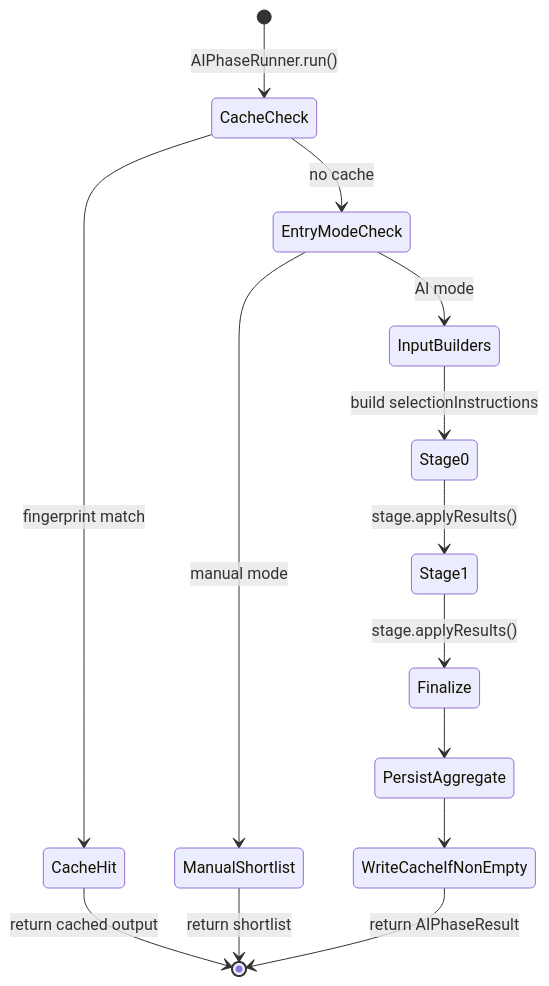
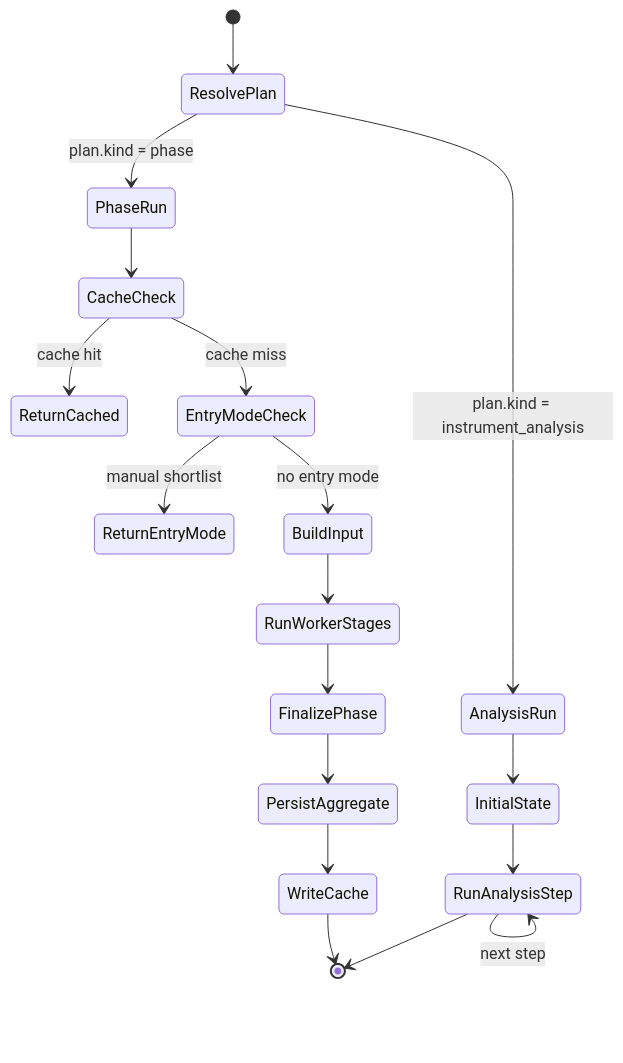
Before and after one commit to KennethAtchon/Exva: the seventh of 9 diagrams in docs/architecture/pipeline-runtime.md, drawn with Mermaid. The commit also changed other lines of this file and 11 other files, not shown here.

````diff
--- a/docs/architecture/pipeline-runtime.md
+++ b/docs/architecture/pipeline-runtime.md
@@ -611,16 +341,20 @@
 ```mermaid
 stateDiagram-v2
-    [*] --> CacheCheck: AIPhaseRunner.run()
-    CacheCheck --> CacheHit: fingerprint match
-    CacheCheck --> EntryModeCheck: no cache
-    CacheHit --> [*]: return cached output
-    EntryModeCheck --> ManualShortlist: manual mode
-    EntryModeCheck --> InputBuilders: AI mode
-    ManualShortlist --> [*]: return shortlist
-    InputBuilders --> Stage0: build selectionInstructions
-    Stage0 --> Stage1: stage.applyResults()
-    Stage1 --> Finalize: stage.applyResults()
-    Finalize --> PersistAggregate
-    PersistAggregate --> WriteCacheIfNonEmpty
-    WriteCacheIfNonEmpty --> [*]: return AIPhaseResult
+    [*] --> ResolvePlan
+    ResolvePlan --> PhaseRun: plan.kind = phase
+    ResolvePlan --> AnalysisRun: plan.kind = instrument_analysis
+    PhaseRun --> CacheCheck
+    CacheCheck --> ReturnCached: cache hit
+    CacheCheck --> EntryModeCheck: cache miss
+    EntryModeCheck --> ReturnEntryMode: manual shortlist
+    EntryModeCheck --> BuildInput: no entry mode
+    BuildInput --> RunWorkerStages
+    RunWorkerStages --> FinalizePhase
+    FinalizePhase --> PersistAggregate
+    PersistAggregate --> WriteCache
+    WriteCache --> [*]
+    AnalysisRun --> InitialState
+    InitialState --> RunAnalysisStep
+    RunAnalysisStep --> RunAnalysisStep: next step
+    RunAnalysisStep --> [*]
 ```
````
